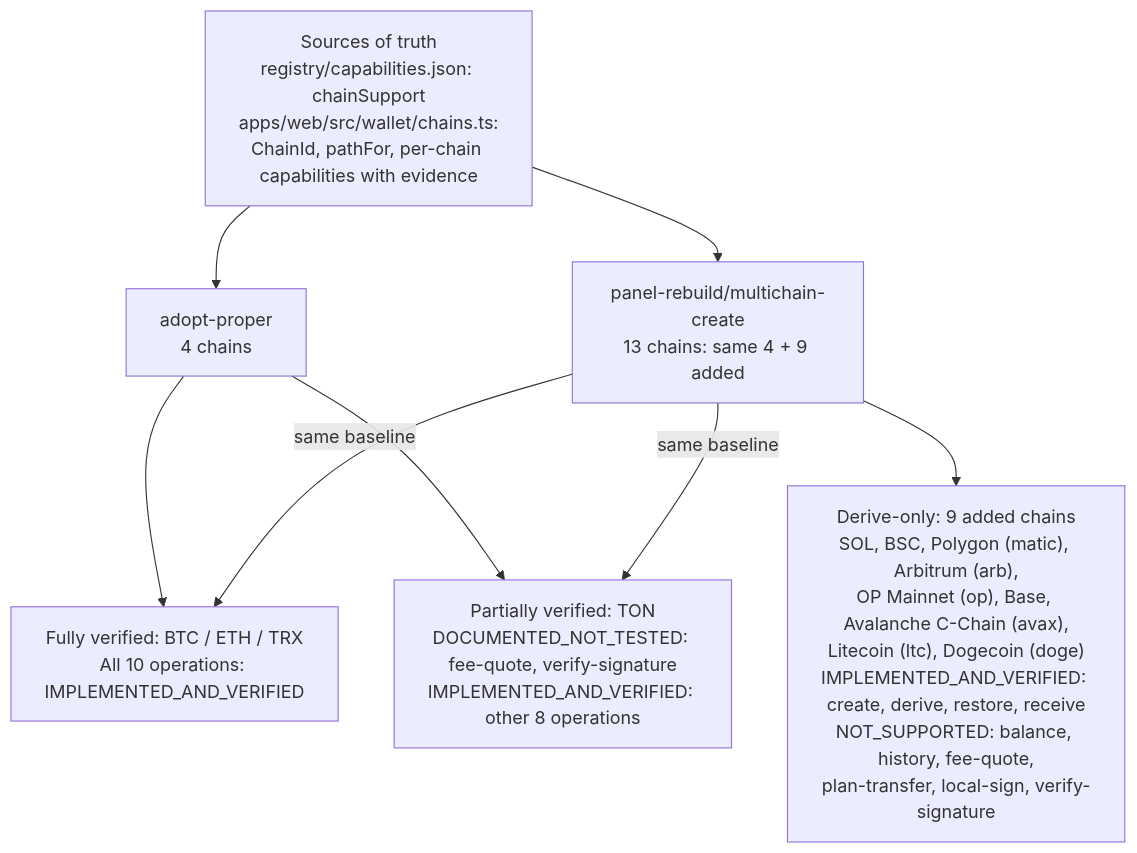
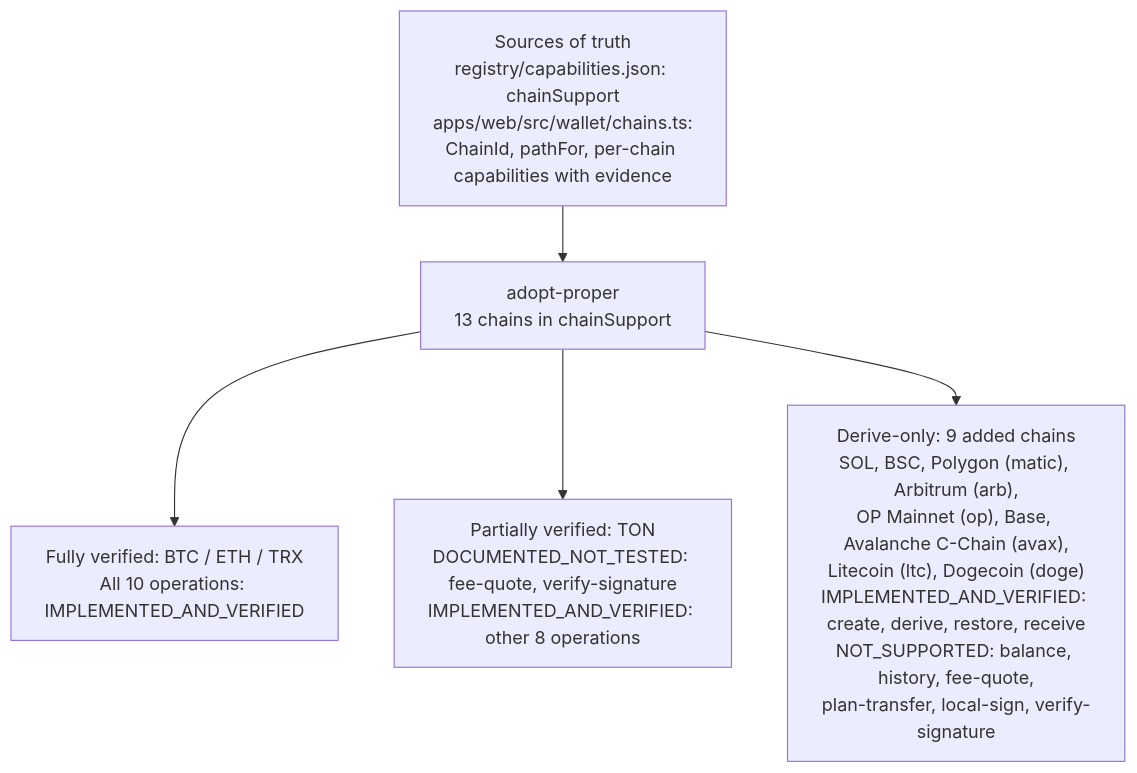
Before and after one commit to Pr3eve6ti2o/bawa: the diagram in docs/12-chain-registry-and-assets/README.md, drawn with Mermaid. The commit also changed other lines of this file and 37 other files, not shown here.

````diff
--- a/docs/12-chain-registry-and-assets/README.md
+++ b/docs/12-chain-registry-and-assets/README.md
@@ -179,24 +179,20 @@
 ```mermaid
 flowchart TB
     accTitle: Bawa chain support overview
-    accDescr: adopt-proper supports BTC, ETH and TRX with all ten operations verified, plus TON with fee-quote and verify-signature documented but untested. panel-rebuild/multichain-create includes the same four chains plus nine derive-only additions, with create, derive, restore and receive verified and the remaining six operations unsupported.
+    accDescr: adopt-proper supports BTC, ETH and TRX with all ten operations verified, plus TON with fee-quote and verify-signature documented but untested, plus nine derive-only additions, with create, derive, restore and receive verified and the remaining six operations unsupported. The 13-chain registry was merged into adopt-proper from panel-rebuild/multichain-create; it is not a separate branch.
 
     S["Sources of truth<br/>registry/capabilities.json: chainSupport<br/>apps/web/src/wallet/chains.ts:<br/>ChainId, pathFor, per-chain capabilities with evidence"]
 
-    A["adopt-proper<br/>4 chains"]
-    M["panel-rebuild/multichain-create<br/>13 chains: same 4 + 9 added"]
+    A["adopt-proper<br/>13 chains in chainSupport"]
 
     F["Fully verified: BTC / ETH / TRX<br/>All 10 operations: IMPLEMENTED_AND_VERIFIED"]
 
     T["Partially verified: TON<br/>DOCUMENTED_NOT_TESTED: fee-quote, verify-signature<br/>IMPLEMENTED_AND_VERIFIED: other 8 operations"]
 
     D["Derive-only: 9 added chains<br/>SOL, BSC, Polygon (matic), Arbitrum (arb),<br/>OP Mainnet (op), Base, Avalanche C-Chain (avax),<br/>Litecoin (ltc), Dogecoin (doge)<br/>IMPLEMENTED_AND_VERIFIED: create, derive, restore, receive<br/>NOT_SUPPORTED: balance, history, fee-quote,<br/>plan-transfer, local-sign, verify-signature"]
 
     S --> A
-    S --> M
     A --> F
     A --> T
-    M -->|"same baseline"| F
-    M -->|"same baseline"| T
-    M --> D
+    A --> D
 ```
````
